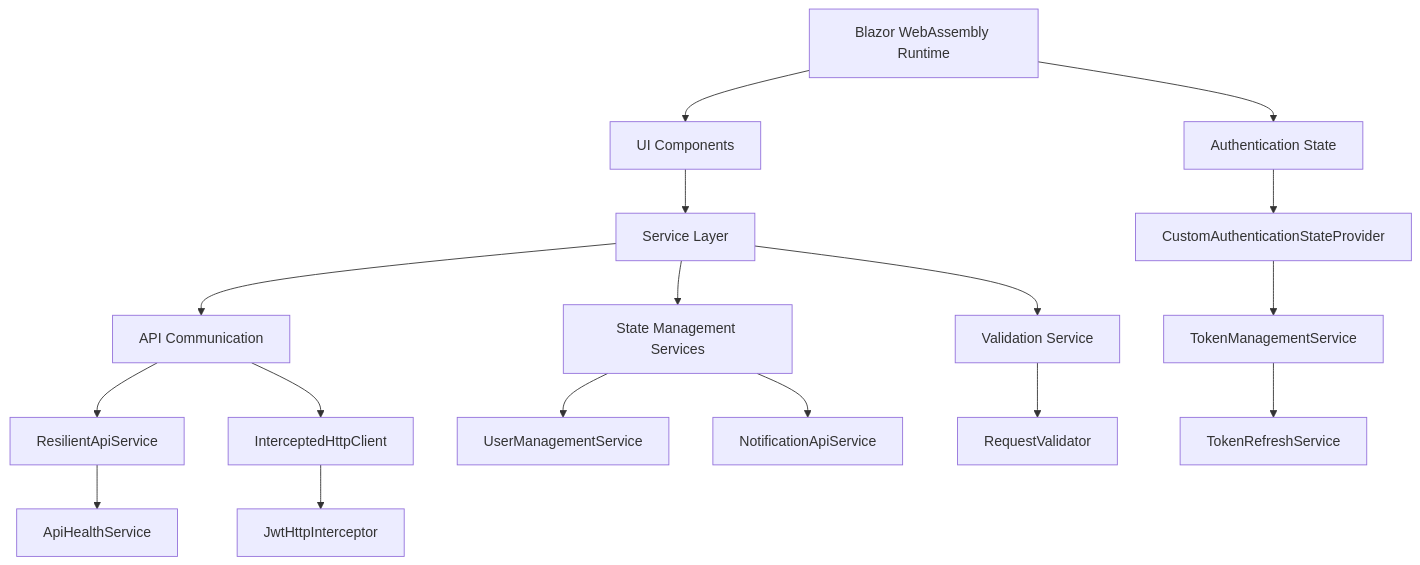
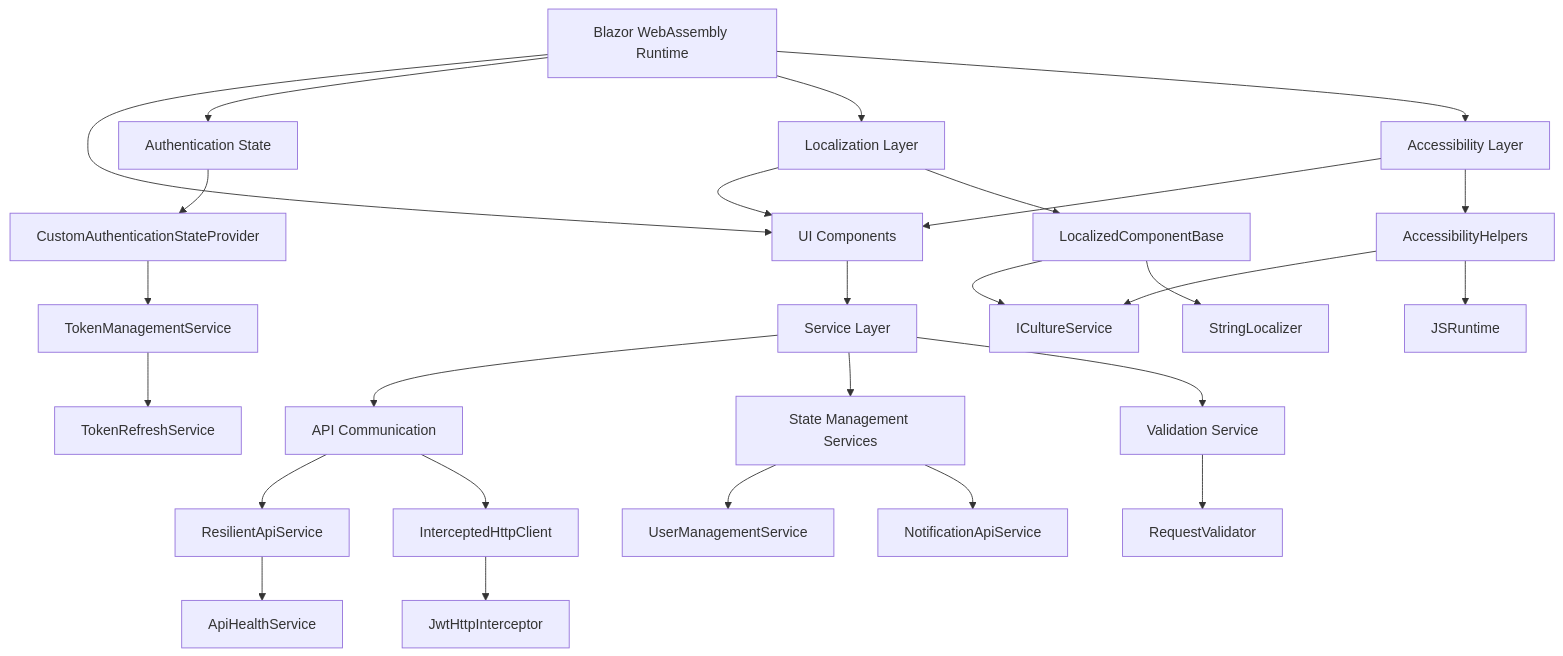
Before and after one commit to polterabyte/InventoryCtrl_2: the second of 10 diagrams in .qoder/repowiki/en/content/Frontend Architecture/Frontend Architecture.md, drawn with Mermaid. The commit also changed other lines of this file and 17 other files, not shown here.

First line of the commit message:
docs(backend): update and reorganize backend architecture and API docs

````diff
--- a/.qoder/repowiki/en/content/Frontend Architecture/Frontend Architecture.md
+++ b/.qoder/repowiki/en/content/Frontend Architecture/Frontend Architecture.md
@@ -87,19 +116,29 @@
 ```mermaid
 graph TD
 A[Blazor WebAssembly Runtime] --> B[UI Components]
 A --> C[Authentication State]
-B --> D[Service Layer]
-D --> E[API Communication]
-E --> F[ResilientApiService]
-E --> G[InterceptedHttpClient]
-G --> H[JwtHttpInterceptor]
-F --> I[ApiHealthService]
-D --> J[State Management Services]
-J --> K[UserManagementService]
-J --> L[NotificationApiService]
-D --> M[Validation Service]
-M --> N[RequestValidator]
-C --> O[CustomAuthenticationStateProvider]
-O --> P[TokenManagementService]
-P --> Q[TokenRefreshService]
+A --> D[Localization Layer]
+A --> E[Accessibility Layer]
+B --> F[Service Layer]
+D --> B
+E --> B
+F --> G[API Communication]
+G --> H[ResilientApiService]
+G --> I[InterceptedHttpClient]
+I --> J[JwtHttpInterceptor]
+H --> K[ApiHealthService]
+F --> L[State Management Services]
+L --> M[UserManagementService]
+L --> N[NotificationApiService]
+F --> O[Validation Service]
+O --> P[RequestValidator]
+C --> Q[CustomAuthenticationStateProvider]
+Q --> R[TokenManagementService]
+R --> S[TokenRefreshService]
+D --> T[LocalizedComponentBase]
+T --> U[ICultureService]
+T --> V[StringLocalizer]
+E --> W[AccessibilityHelpers]
+W --> U
+W --> X[JSRuntime]
 ```
````
